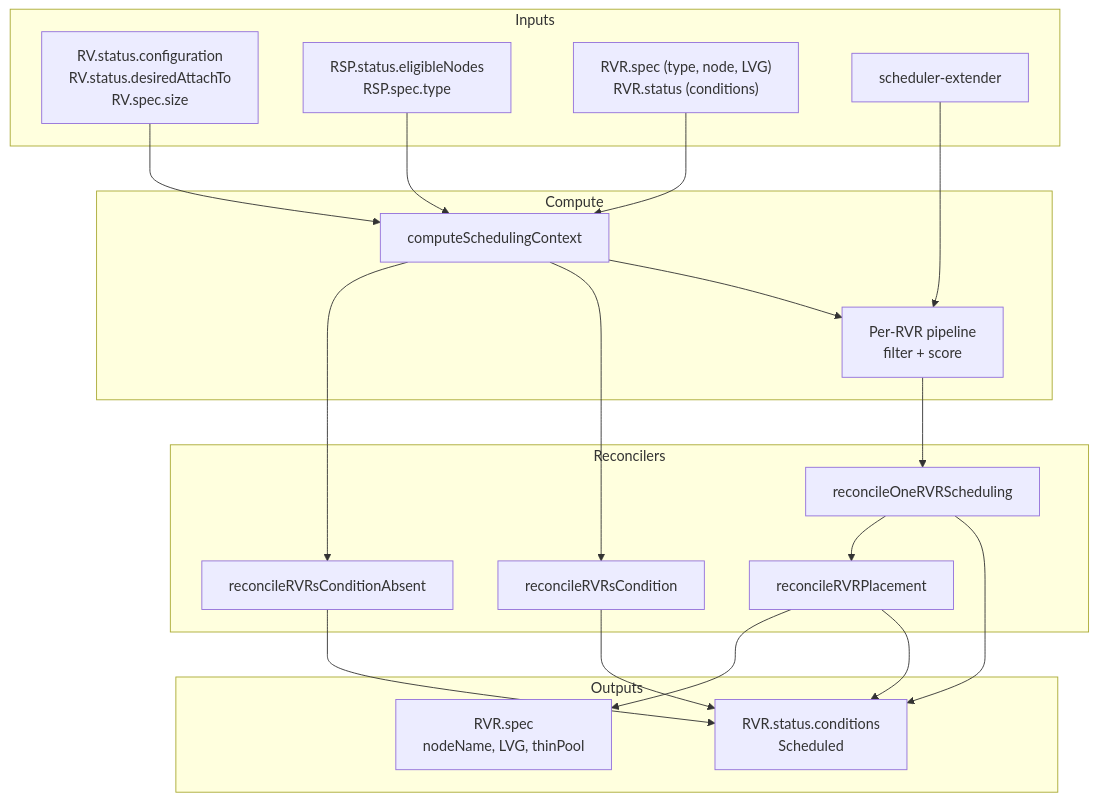
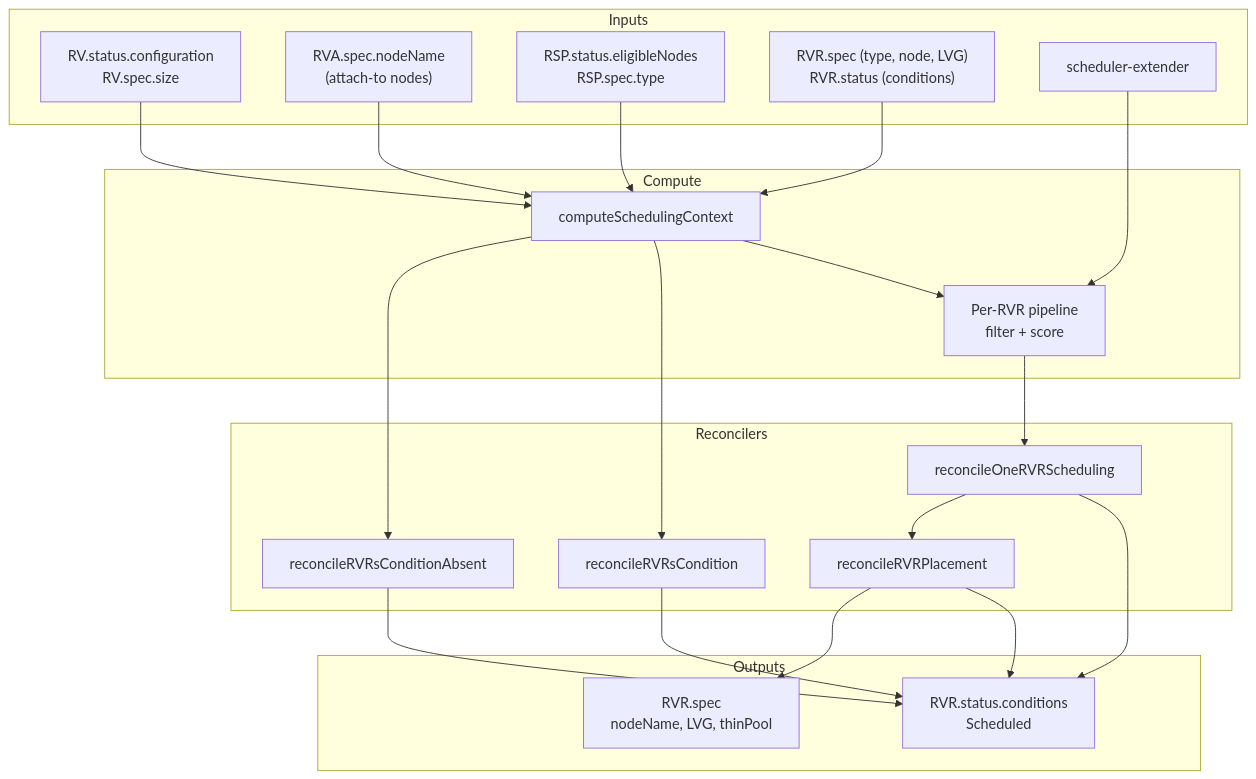
Before and after one commit to deckhouse/sds-replicated-volume: the second of 5 diagrams in images/controller/internal/controllers/rvr_scheduling_controller/README.md, drawn with Mermaid. The commit also changed other lines of this file and 5 other files, not shown here.

First line of the commit message:
[rvr-scheduling-controller] Read attach-to nodes from RVA objects instead of rv.Status.DesiredAttachTo

````diff
--- a/images/controller/internal/controllers/rvr_scheduling_controller/README.md
+++ b/images/controller/internal/controllers/rvr_scheduling_controller/README.md
@@ -287,43 +292,45 @@
 ```mermaid
 flowchart TD
     subgraph inputs [Inputs]
-        RV["RV.status.configuration<br/>RV.status.desiredAttachTo<br/>RV.spec.size"]
+        RV["RV.status.configuration<br/>RV.spec.size"]
+        RVAs["RVA.spec.nodeName<br/>(attach-to nodes)"]
         RSP["RSP.status.eligibleNodes<br/>RSP.spec.type"]
         RVRs["RVR.spec (type, node, LVG)<br/>RVR.status (conditions)"]
         Extender[scheduler-extender]
     end
 
     subgraph compute [Compute]
         BuildCtx[computeSchedulingContext]
         Pipeline["Per-RVR pipeline<br/>filter + score"]
     end
 
     subgraph reconcilers [Reconcilers]
         CondAbsent[reconcileRVRsConditionAbsent]
         CondSet[reconcileRVRsCondition]
         OneRVR[reconcileOneRVRScheduling]
         Place[reconcileRVRPlacement]
     end
 
     subgraph outputs [Outputs]
         RVRSpec["RVR.spec<br/>nodeName, LVG, thinPool"]
         RVRCond["RVR.status.conditions<br/>Scheduled"]
     end
 
     RV --> BuildCtx
+    RVAs --> BuildCtx
     RSP --> BuildCtx
     RVRs --> BuildCtx
 
     BuildCtx --> CondAbsent
     BuildCtx --> CondSet
     BuildCtx --> Pipeline
 
     Extender --> Pipeline
     Pipeline --> OneRVR
     OneRVR --> Place
     Place --> RVRSpec
     Place --> RVRCond
     CondAbsent --> RVRCond
     CondSet --> RVRCond
     OneRVR --> RVRCond
 ```
````
